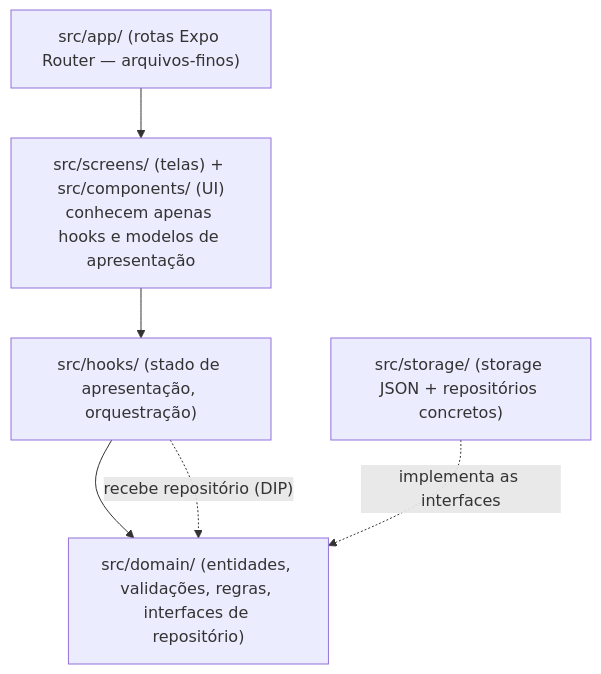
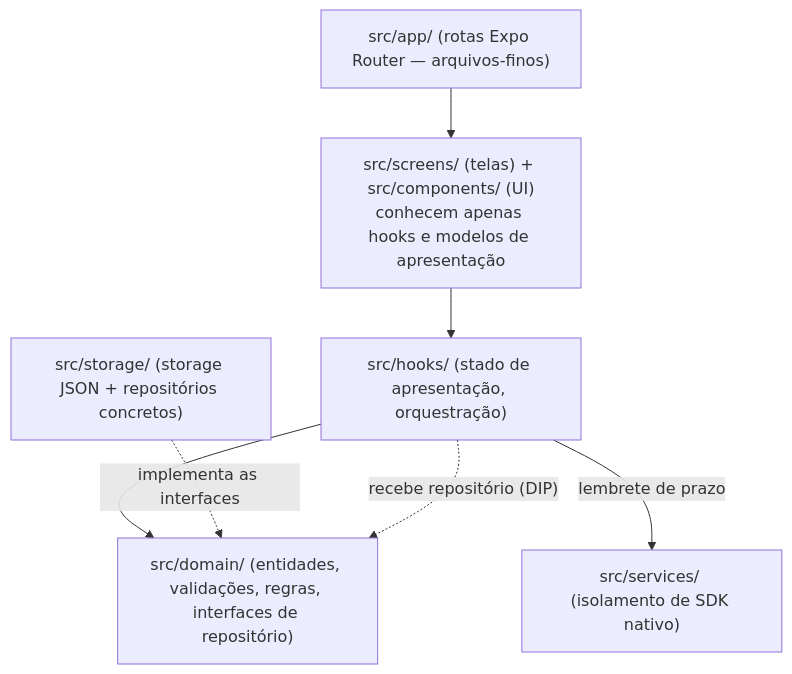
Before and after one commit to heyalmeida/studia-app: the diagram in docs/architecture/architecture.md, drawn with Mermaid. The commit also changed other lines of this file and 6 other files, not shown here.

````diff
--- a/docs/architecture/architecture.md
+++ b/docs/architecture/architecture.md
@@ -18,14 +18,16 @@
 ```mermaid
 flowchart TD
     UI["src/screens/ (telas) + src/components/ (UI)\nconhecem apenas hooks e modelos de apresentação"]
     ROUTES["src/app/ (rotas Expo Router — arquivos-finos)"]
     HOOKS["src/hooks/ (stado de apresentação, orquestração)"]
     DOMAIN["src/domain/ (entidades, validações, regras, interfaces de repositório)"]
     STORAGE["src/storage/ (storage JSON + repositórios concretos)"]
+    SERVICES["src/services/ (isolamento de SDK nativo)"]
 
     ROUTES --> UI
     UI --> HOOKS
     HOOKS --> DOMAIN
+    HOOKS -->|"lembrete de prazo"| SERVICES
     STORAGE -.->|"implementa as interfaces"| DOMAIN
     HOOKS -.->|"recebe repositório (DIP)"| DOMAIN
 ```
````
